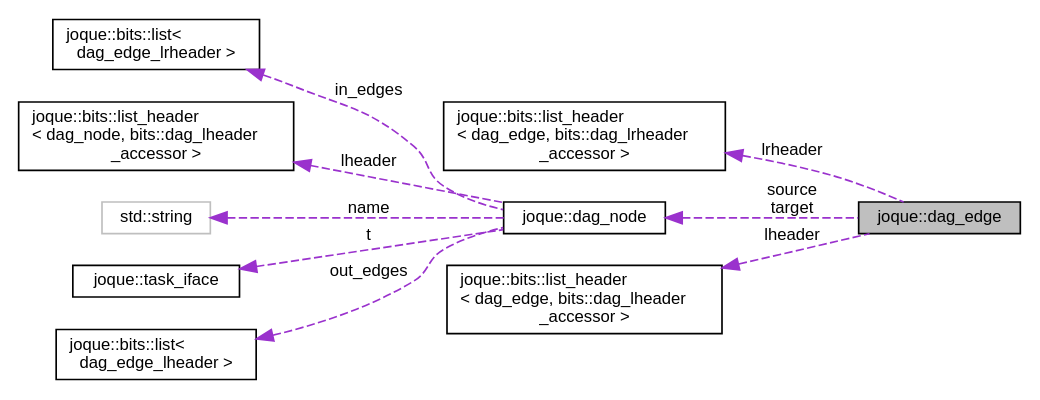
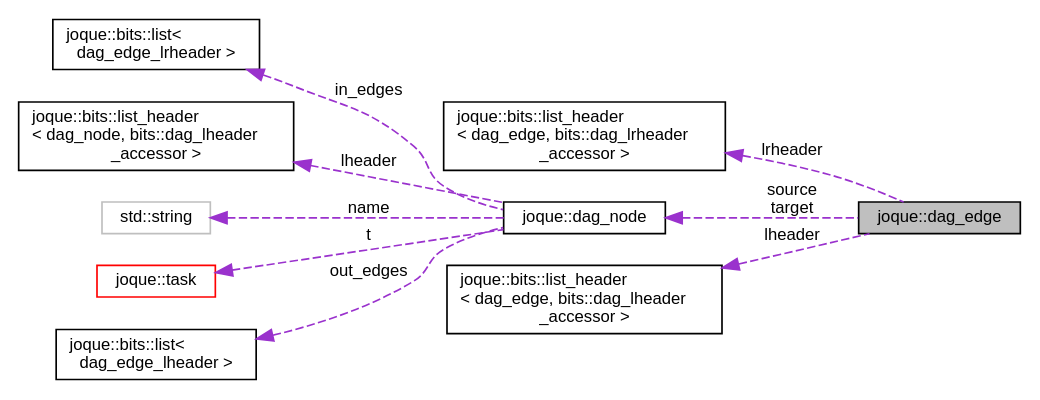
The diagram in structjoque_1_1dag__edge__coll__graph.dot (koniarik/joque), drawn with Graphviz before and after one commit. The commit also changed 248 other files, not shown here.

```diff
--- a/structjoque_1_1dag__edge__coll__graph.dot
+++ b/structjoque_1_1dag__edge__coll__graph.dot
@@ -1,24 +1,24 @@
 digraph "joque::dag_edge"
 {
  // LATEX_PDF_SIZE
   edge [fontname="Helvetica",fontsize="10",labelfontname="Helvetica",labelfontsize="10"];
   node [fontname="Helvetica",fontsize="10",shape=record];
   rankdir="LR";
   Node1 [label="joque::dag_edge",height=0.2,width=0.4,color="black", fillcolor="grey75", style="filled", fontcolor="black",tooltip=" "];
   Node2 -> Node1 [dir="back",color="darkorchid3",fontsize="10",style="dashed",label=" lrheader" ,fontname="Helvetica"];
   Node2 [label="joque::bits::list_header\l\< dag_edge, bits::dag_lrheader\l_accessor \>",height=0.2,width=0.4,color="black", fillcolor="white", style="filled",URL="$structjoque_1_1bits_1_1list__header.html",tooltip=" "];
   Node3 -> Node1 [dir="back",color="darkorchid3",fontsize="10",style="dashed",label=" source\ntarget" ,fontname="Helvetica"];
   Node3 [label="joque::dag_node",height=0.2,width=0.4,color="black", fillcolor="white", style="filled",URL="$namespacejoque.html#structjoque_1_1dag__node",tooltip="Node representing all execution-related information for one task."];
   Node4 -> Node3 [dir="back",color="darkorchid3",fontsize="10",style="dashed",label=" in_edges" ,fontname="Helvetica"];
   Node4 [label="joque::bits::list\<\l dag_edge_lrheader \>",height=0.2,width=0.4,color="black", fillcolor="white", style="filled",URL="$classjoque_1_1bits_1_1list.html",tooltip=" "];
   Node5 -> Node3 [dir="back",color="darkorchid3",fontsize="10",style="dashed",label=" lheader" ,fontname="Helvetica"];
   Node5 [label="joque::bits::list_header\l\< dag_node, bits::dag_lheader\l_accessor \>",height=0.2,width=0.4,color="black", fillcolor="white", style="filled",URL="$structjoque_1_1bits_1_1list__header.html",tooltip=" "];
   Node6 -> Node3 [dir="back",color="darkorchid3",fontsize="10",style="dashed",label=" name" ,fontname="Helvetica"];
   Node6 [label="std::string",height=0.2,width=0.4,color="grey75", fillcolor="white", style="filled",tooltip=" "];
   Node8 -> Node3 [dir="back",color="darkorchid3",fontsize="10",style="dashed",label=" t" ,fontname="Helvetica"];
-  Node8 [label="joque::task_iface",height=0.2,width=0.4,color="black", fillcolor="white", style="filled",URL="$structjoque_1_1task__iface.html",tooltip=" "];
-  Node9 -> Node3 [dir="back",color="darkorchid3",fontsize="10",style="dashed",label=" out_edges" ,fontname="Helvetica"];
-  Node9 [label="joque::bits::list\<\l dag_edge_lheader \>",height=0.2,width=0.4,color="black", fillcolor="white", style="filled",URL="$classjoque_1_1bits_1_1list.html",tooltip=" "];
-  Node10 -> Node1 [dir="back",color="darkorchid3",fontsize="10",style="dashed",label=" lheader" ,fontname="Helvetica"];
-  Node10 [label="joque::bits::list_header\l\< dag_edge, bits::dag_lheader\l_accessor \>",height=0.2,width=0.4,color="black", fillcolor="white", style="filled",URL="$structjoque_1_1bits_1_1list__header.html",tooltip=" "];
+  Node8 [label="joque::task",height=0.2,width=0.4,color="red", fillcolor="white", style="filled",URL="$namespacejoque.html#structjoque_1_1task",tooltip="Single task that should be executed by the system."];
+  Node14 -> Node3 [dir="back",color="darkorchid3",fontsize="10",style="dashed",label=" out_edges" ,fontname="Helvetica"];
+  Node14 [label="joque::bits::list\<\l dag_edge_lheader \>",height=0.2,width=0.4,color="black", fillcolor="white", style="filled",URL="$classjoque_1_1bits_1_1list.html",tooltip=" "];
+  Node15 -> Node1 [dir="back",color="darkorchid3",fontsize="10",style="dashed",label=" lheader" ,fontname="Helvetica"];
+  Node15 [label="joque::bits::list_header\l\< dag_edge, bits::dag_lheader\l_accessor \>",height=0.2,width=0.4,color="black", fillcolor="white", style="filled",URL="$structjoque_1_1bits_1_1list__header.html",tooltip=" "];
 }
```
